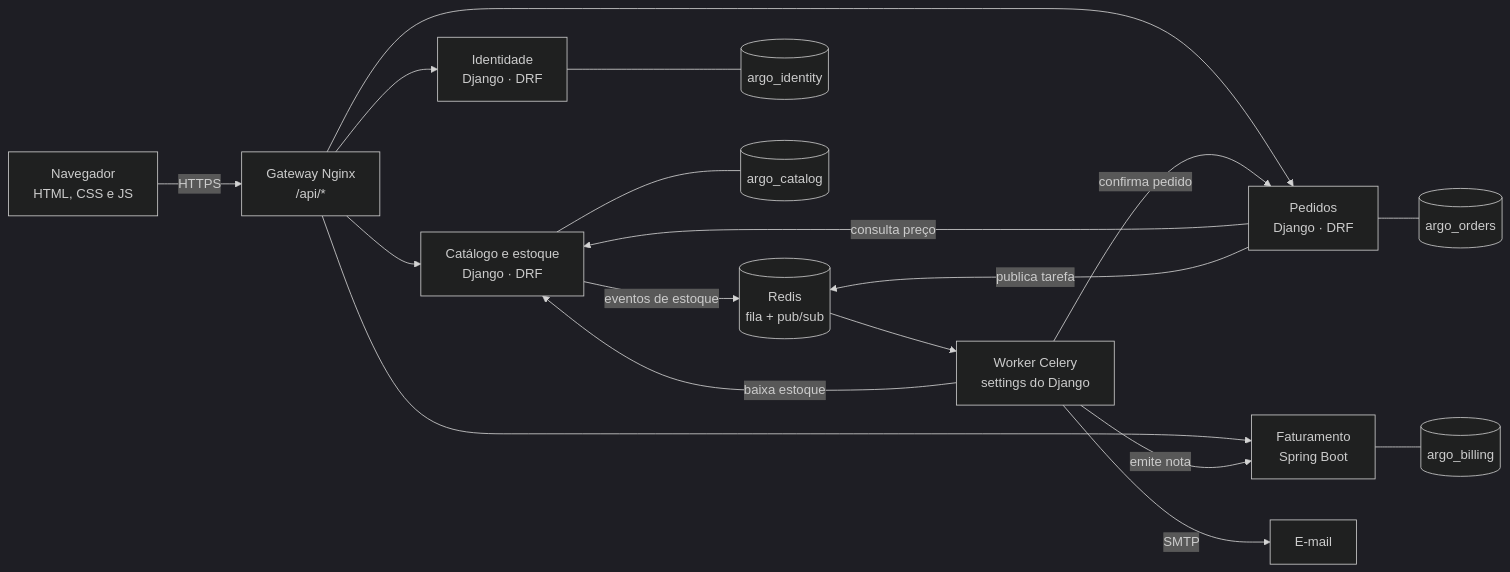
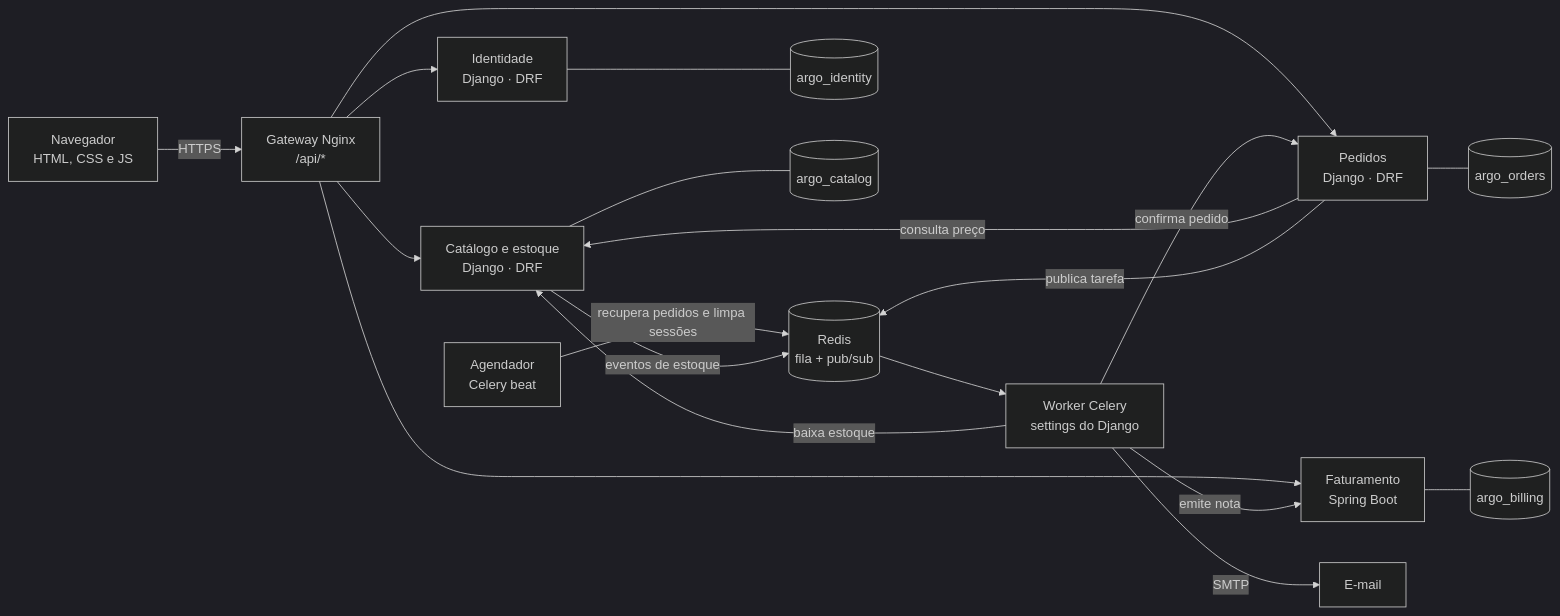
Before and after one commit to ravelroot/E-commerce-Microservices-Platform: the diagram in README.md, drawn with Mermaid (dark theme). The commit also changed other lines of this file and 150 other files, not shown here.

````diff
--- a/README.md
+++ b/README.md
@@ -40,20 +43,21 @@
 ```mermaid
 flowchart LR
     UI["Navegador<br/>HTML, CSS e JS"] -->|HTTPS| GW["Gateway Nginx<br/>/api/*"]
     GW --> ID["Identidade<br/>Django · DRF"]
     GW --> CAT["Catálogo e estoque<br/>Django · DRF"]
     GW --> ORD["Pedidos<br/>Django · DRF"]
     GW --> BIL["Faturamento<br/>Spring Boot"]
     ORD -- "consulta preço" --> CAT
     ORD -- "publica tarefa" --> R[("Redis<br/>fila + pub/sub")]
     R --> W["Worker Celery<br/>settings do Django"]
+    S["Agendador<br/>Celery beat"] -- "recupera pedidos e limpa sessões" --> R
     W -- "baixa estoque" --> CAT
     W -- "confirma pedido" --> ORD
     W -- "emite nota" --> BIL
     W -- "SMTP" --> M["E-mail"]
     CAT -- "eventos de estoque" --> R
     ID --- P1[("argo_identity")]
     CAT --- P2[("argo_catalog")]
     ORD --- P3[("argo_orders")]
     BIL --- P4[("argo_billing")]
 ```
````
